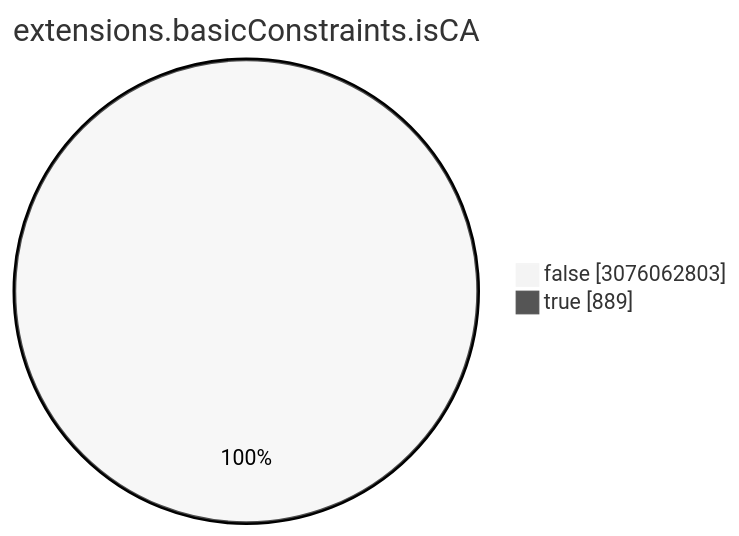
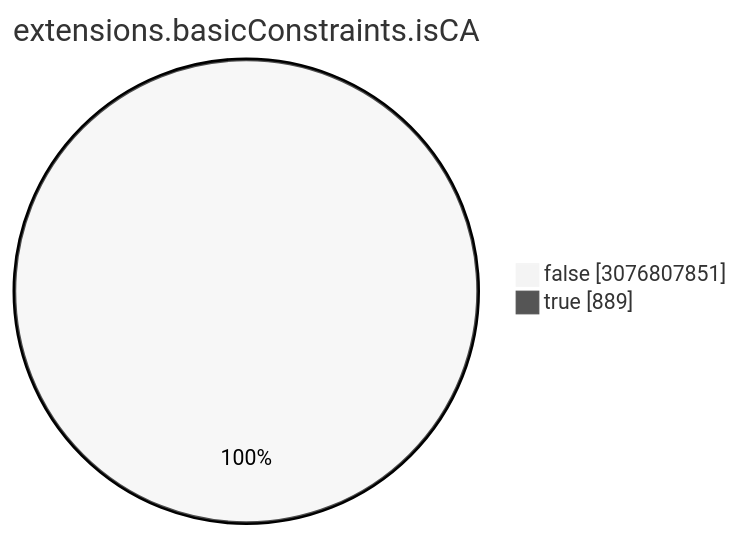
One commit to christiankrug/ctmonitor_visualization changed the seventh of 15 diagrams in TOTAL/README.md. Above: the diagram before and after it, drawn with Mermaid (neutral theme). The commit also changed other lines of this file, not shown here.

````diff
--- a/TOTAL/README.md
+++ b/TOTAL/README.md
@@ -3086,6 +3086,6 @@
 ```mermaid
 pie showData
 title extensions.basicConstraints.isCA
-"false" :3076062803
+"false" :3076807851
 "true" :889
 ```
````
